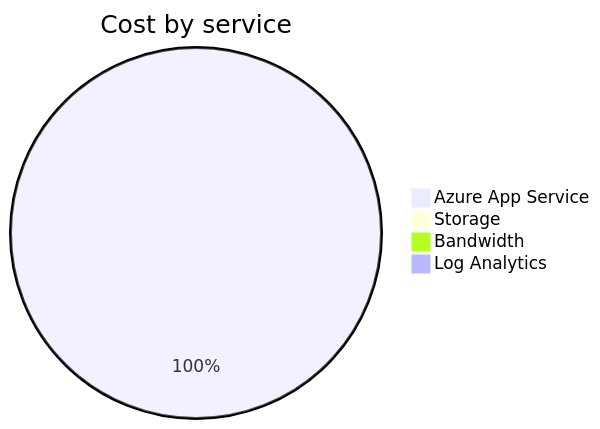
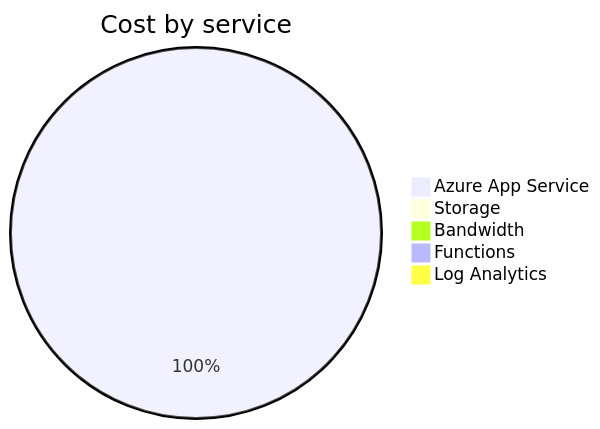
One commit to jpfulton/azure-personal-reports changed the second of 4 diagrams in cost-reports/personal-site/README.md. Above: the diagram before and after it, drawn with Mermaid. The commit also changed other lines of this file and 6 other files, not shown here.

````diff
--- a/cost-reports/personal-site/README.md
+++ b/cost-reports/personal-site/README.md
@@ -96,8 +97,9 @@
 ```mermaid
 pie
    title Cost by service
-   "Azure App Service" : 1.78
-   "Storage" : 0.00
+   "Azure App Service" : 2.79
+   "Storage" : 0.01
    "Bandwidth" : 0.00
+   "Functions" : 0.00
    "Log Analytics" : 0.00
 ```
````
